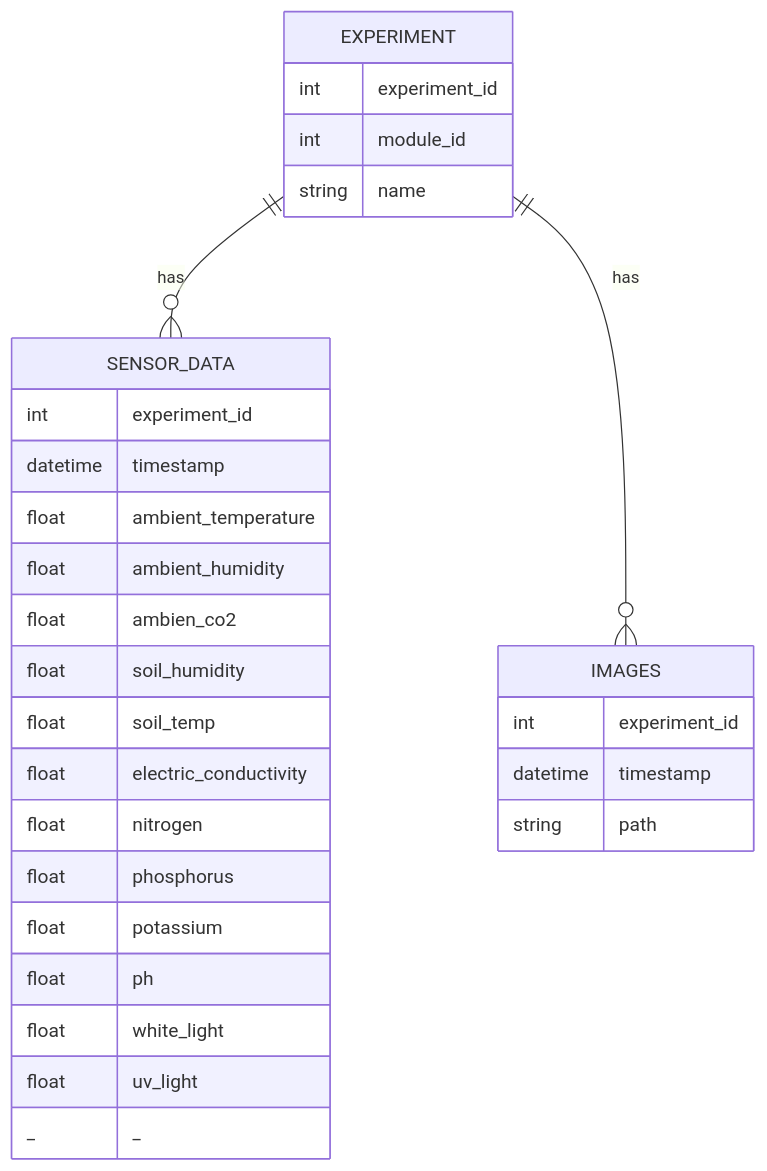
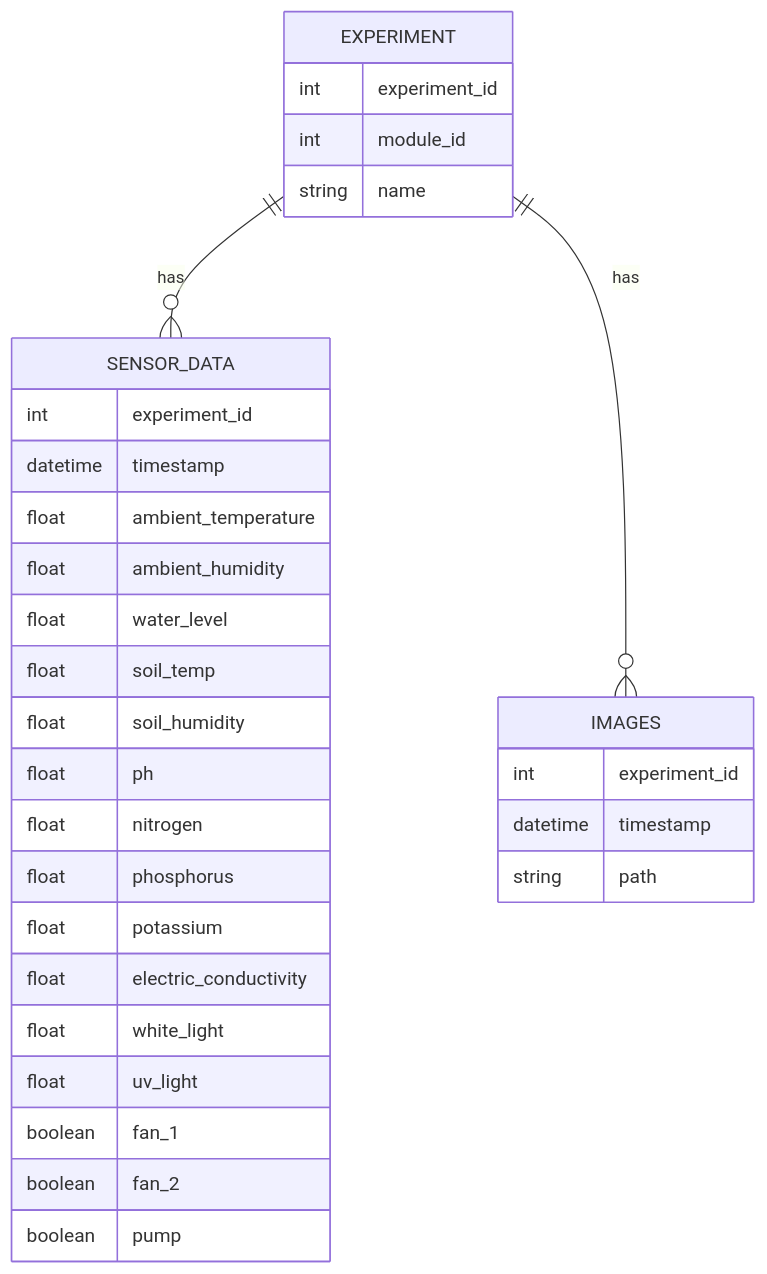
One commit to eggseal/camara-crecimiento changed the second of 4 diagrams in README.md. Above: the diagram before and after it, drawn with Mermaid. The commit also changed other lines of this file and 4 other files, not shown here.

````diff
--- a/README.md
+++ b/README.md
@@ -61,36 +57,41 @@
 ```mermaid
 erDiagram
 
     SENSOR_DATA {
+        %% Metadata
         int experiment_id
         datetime timestamp
+        %% Sensors
         float ambient_temperature
         float ambient_humidity
-        float ambien_co2
+        float water_level
+        float soil_temp
         float soil_humidity
-        float soil_temp
-        float electric_conductivity
+        float ph
         float nitrogen
         float phosphorus
         float potassium
-        float ph
+        float electric_conductivity
         float white_light
         float uv_light
-        _ _
+        %% Actuators
+        boolean fan_1
+        boolean fan_2
+        boolean pump
     }
 
     EXPERIMENT {
         int experiment_id
         int module_id
         string name
     }
 
     IMAGES {
         int experiment_id
         datetime timestamp
         string path
     }
 
     EXPERIMENT ||--o{ SENSOR_DATA : has
     EXPERIMENT ||--o{ IMAGES : has
 ```
````
